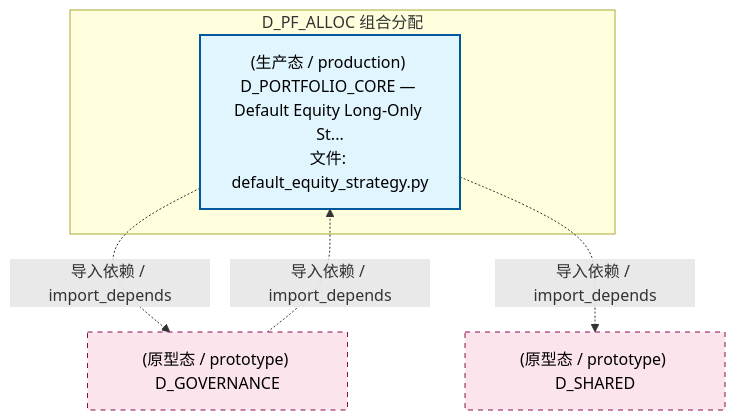
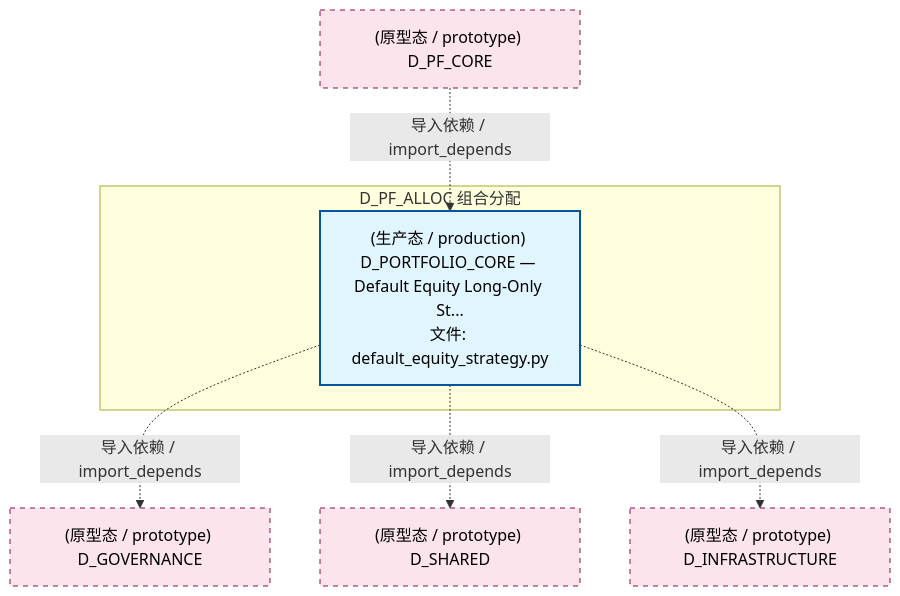
Before and after one commit to xuanFelixVan/ZephyrAlpha: the second of 5 diagrams in docs/02_enterprise_architecture/02_domain_architecture_docs/49_d_pf_alloc.md, drawn with Mermaid. The commit also changed other lines of this file and 112 other files, not shown here.

````diff
--- a/docs/02_enterprise_architecture/02_domain_architecture_docs/49_d_pf_alloc.md
+++ b/docs/02_enterprise_architecture/02_domain_architecture_docs/49_d_pf_alloc.md
@@ -103,17 +106,20 @@
 ```mermaid
 graph TD
     subgraph D_PF_ALLOC["D_PF_ALLOC 组合分配"]
         src_zephyr_pf_core_default_equity_strategy_py["(生产态 / production) D_PORTFOLIO_CORE — Default Equity Long-Only St...<br/>文件: default_equity_strategy.py"]
     end
     D_GOVERNANCE["(原型态 / prototype) D_GOVERNANCE"]
     src_zephyr_pf_core_default_equity_strategy_py -.->|导入依赖 / import_depends| D_GOVERNANCE
     D_SHARED["(原型态 / prototype) D_SHARED"]
     src_zephyr_pf_core_default_equity_strategy_py -.->|导入依赖 / import_depends| D_SHARED
-    D_GOVERNANCE -.->|导入依赖 / import_depends| src_zephyr_pf_core_default_equity_strategy_py
+    D_INFRASTRUCTURE["(原型态 / prototype) D_INFRASTRUCTURE"]
+    src_zephyr_pf_core_default_equity_strategy_py -.->|导入依赖 / import_depends| D_INFRASTRUCTURE
+    D_PF_CORE["(原型态 / prototype) D_PF_CORE"]
+    D_PF_CORE -.->|导入依赖 / import_depends| src_zephyr_pf_core_default_equity_strategy_py
     classDef production fill:#e1f5fe,stroke:#01579b,stroke-width:2px,color:#000
     classDef design fill:#fff3e0,stroke:#e65100,stroke-width:2px,color:#000,stroke-dasharray: 5 5
     classDef external_prod fill:#e8f5e9,stroke:#1b5e20,stroke-width:1px,color:#000
     classDef external_design fill:#fce4ec,stroke:#880e4f,stroke-width:1px,color:#000,stroke-dasharray: 5 5
     class src_zephyr_pf_core_default_equity_strategy_py production
-    class D_GOVERNANCE,D_SHARED external_design
+    class D_GOVERNANCE,D_SHARED,D_INFRASTRUCTURE,D_PF_CORE external_design
 ```
````
